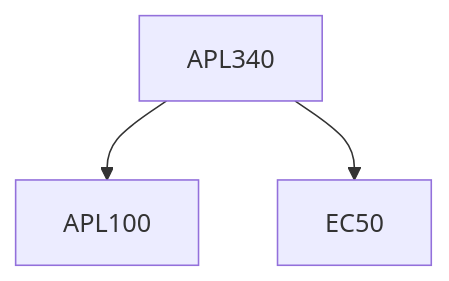
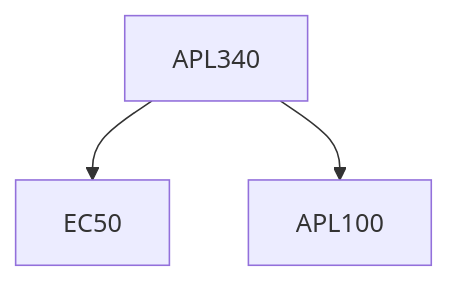
The diagram in content/Applied Mechanics/APL340.md (KeshavBansal0122/CoS_Website), drawn with Mermaid before and after one commit. The commit also changed other lines of this file and 392 other files, not shown here.

````diff
--- a/content/Applied Mechanics/APL340.md
+++ b/content/Applied Mechanics/APL340.md
@@ -13,9 +13,9 @@
 ```mermaid
 flowchart TD
 APL340-26[APL340]
+APL340-26 --> EC50-26[EC50]
 APL340-26 --> APL100-26[APL100]
-APL340-26 --> EC50-26[EC50]
 
 classDef empty height:17px, fill:transparent, stroke:transparent;
 classDef trueEmpty height:0px, width:0px;
 ```
````
